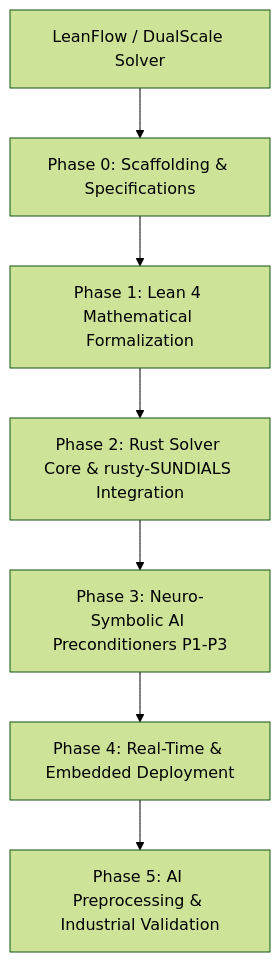
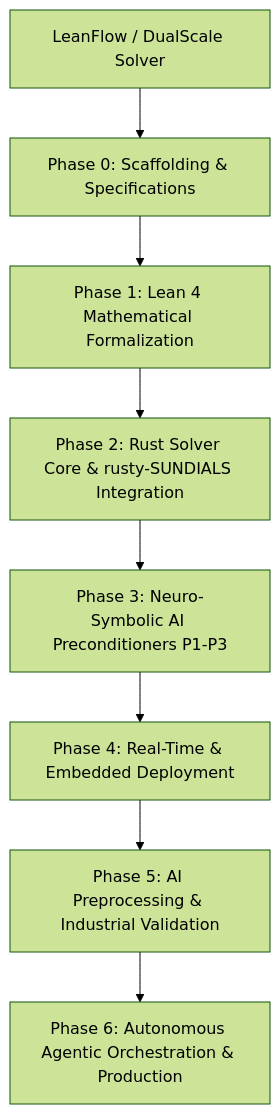
Before and after one commit to xaviercallens/SocrateAI-Numeric-DualScale-Solver: the diagram in PLAN.md, drawn with Mermaid (forest theme). The commit also changed other lines of this file and 4 other files, not shown here.

````diff
--- a/PLAN.md
+++ b/PLAN.md
@@ -12,9 +12,10 @@
 ```mermaid
 graph TD
     A[LeanFlow / DualScale Solver] --> B[Phase 0: Scaffolding & Specifications]
     B --> C[Phase 1: Lean 4 Mathematical Formalization]
     C --> D[Phase 2: Rust Solver Core & rusty-SUNDIALS Integration]
     D --> E[Phase 3: Neuro-Symbolic AI Preconditioners P1-P3]
     E --> F[Phase 4: Real-Time & Embedded Deployment]
     F --> G[Phase 5: AI Preprocessing & Industrial Validation]
+    G --> H[Phase 6: Autonomous Agentic Orchestration & Production]
 ```
````
